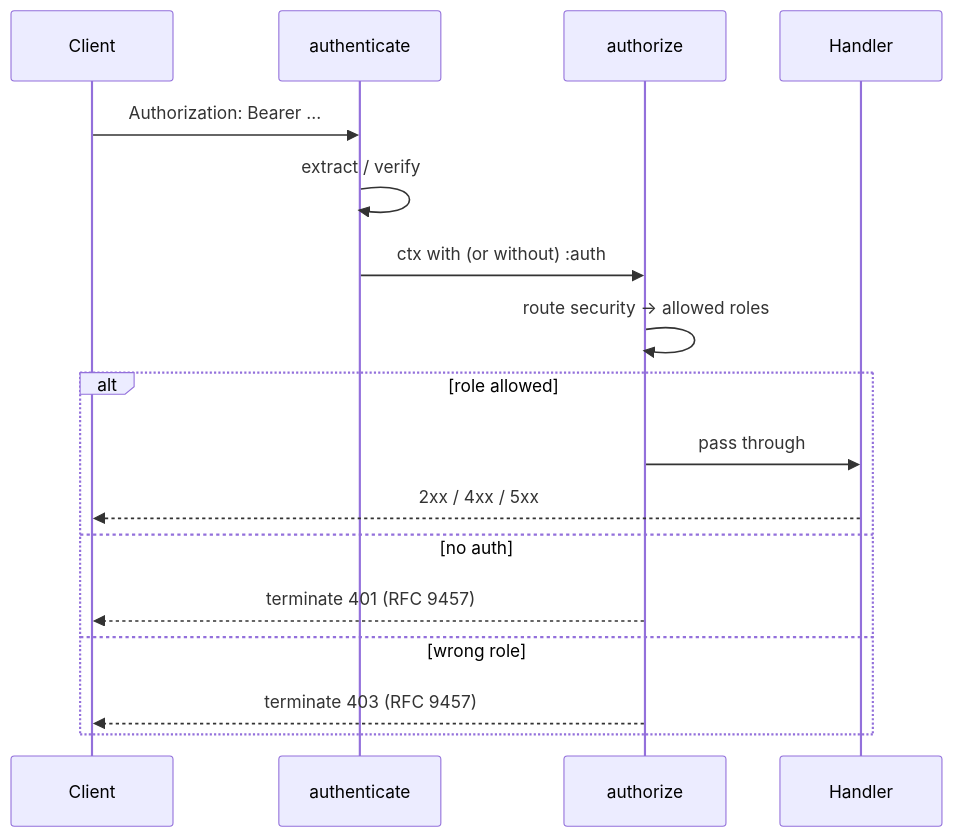
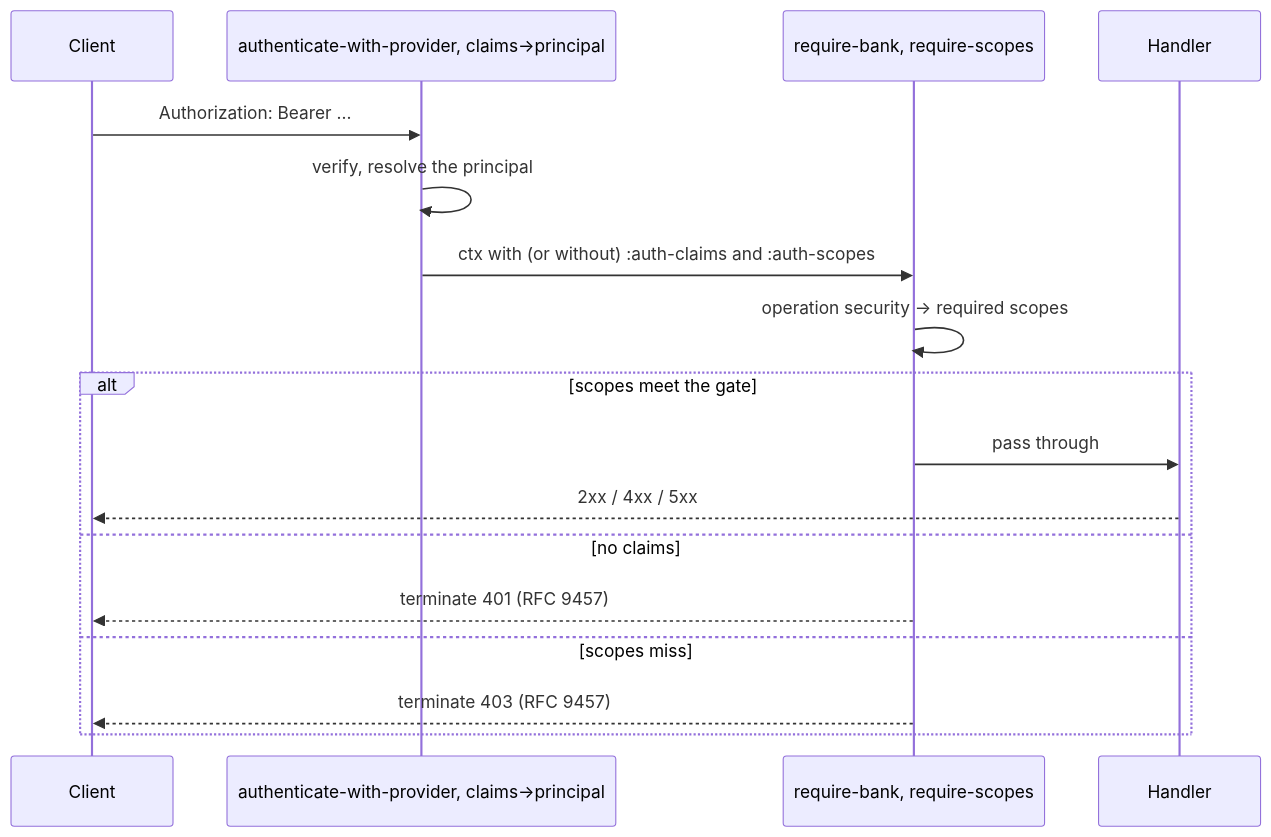
One commit to repldriven/queenswood changed the second of 2 diagrams in docs/tdd/service-apis.md. Above: the diagram before and after it, drawn with Mermaid. The commit also changed other lines of this file and 42 other files, not shown here.

````diff
--- a/docs/tdd/service-apis.md
+++ b/docs/tdd/service-apis.md
@@ -308,20 +326,20 @@
 ```mermaid
 sequenceDiagram
     participant C as Client
-    participant A as authenticate
-    participant Z as authorize
+    participant A as authenticate-with-provider, claims->principal
+    participant Z as require-bank, require-scopes
     participant H as Handler
 
     C->>A: Authorization: Bearer ...
-    A->>A: extract / verify
-    A->>Z: ctx with (or without) :auth
-    Z->>Z: route security → allowed roles
-    alt role allowed
+    A->>A: verify, resolve the principal
+    A->>Z: ctx with (or without) :auth-claims and :auth-scopes
+    Z->>Z: operation security → required scopes
+    alt scopes meet the gate
         Z->>H: pass through
         H-->>C: 2xx / 4xx / 5xx
-    else no auth
+    else no claims
         Z-->>C: terminate 401 (RFC 9457)
-    else wrong role
+    else scopes miss
         Z-->>C: terminate 403 (RFC 9457)
     end
 ```
````
